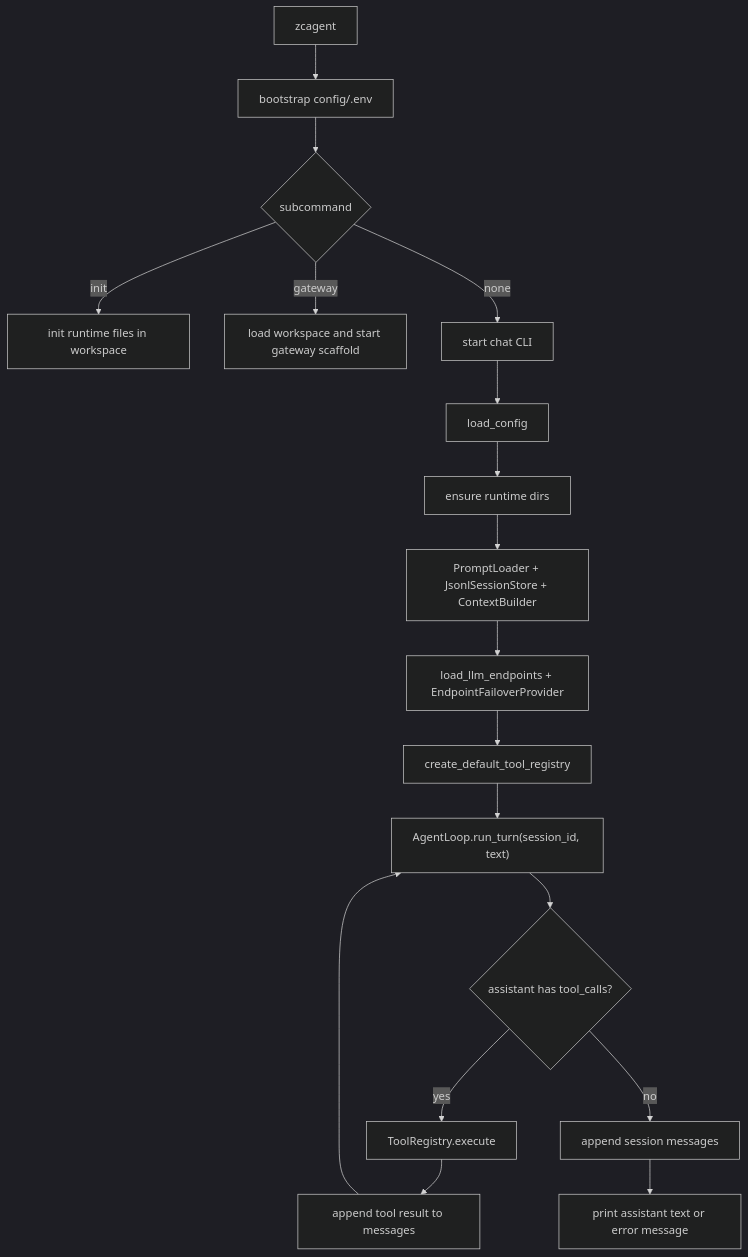
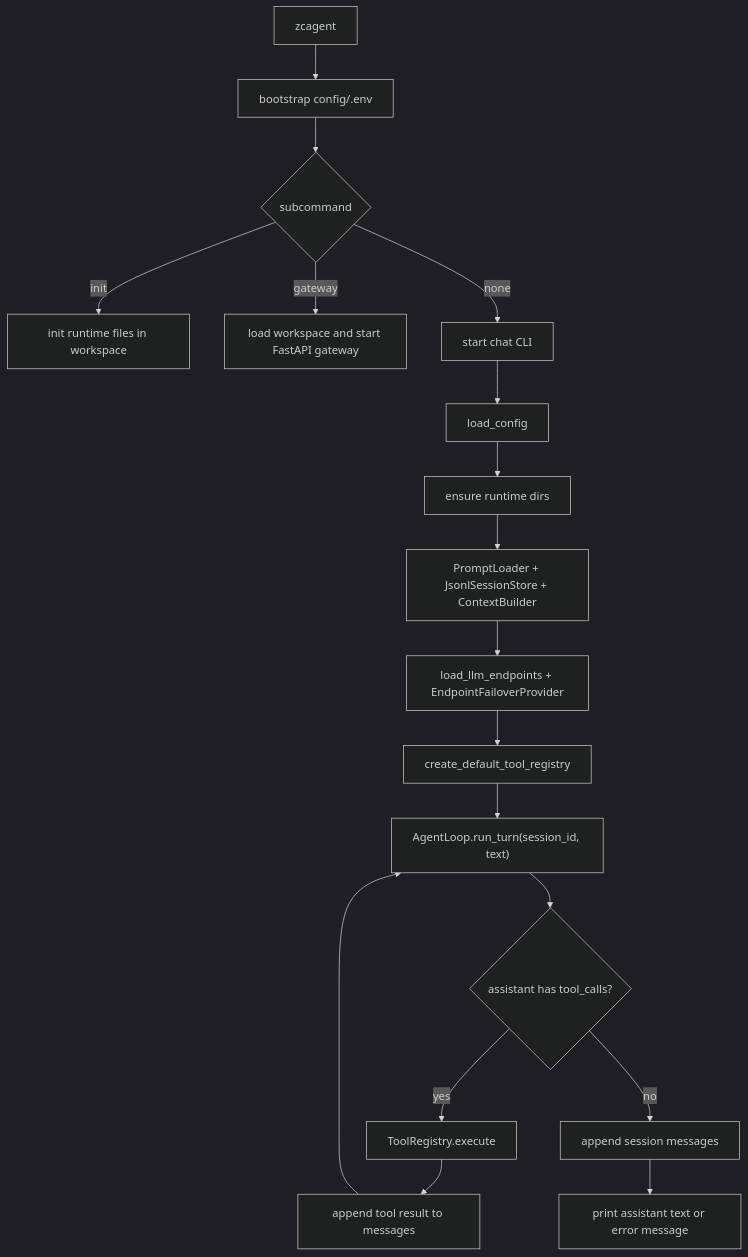
One commit to zcjMoxx/zhice_agent changed the diagram in docs_design/zhice-agent-overall-design.md. Above: the diagram before and after it, drawn with Mermaid (dark theme). The commit also changed other lines of this file and 53 other files, not shown here.

````diff
--- a/docs_design/zhice-agent-overall-design.md
+++ b/docs_design/zhice-agent-overall-design.md
@@ -428,21 +437,21 @@
 ```mermaid
 flowchart TD
     A["zcagent"] --> B["bootstrap config/.env"]
     B --> C{"subcommand"}
     C -->|"init"| D["init runtime files in workspace"]
-    C -->|"gateway"| E["load workspace and start gateway scaffold"]
+    C -->|"gateway"| E["load workspace and start FastAPI gateway"]
     C -->|"none"| F["start chat CLI"]
 
     F --> G["load_config"]
     G --> H["ensure runtime dirs"]
     H --> I["PromptLoader + JsonlSessionStore + ContextBuilder"]
     I --> J["load_llm_endpoints + EndpointFailoverProvider"]
     J --> T["create_default_tool_registry"]
     T --> K["AgentLoop.run_turn(session_id, text)"]
     K --> L{"assistant has tool_calls?"}
     L -->|"yes"| N["ToolRegistry.execute"]
     N --> O["append tool result to messages"]
     O --> K
     L -->|"no"| P["append session messages"]
     P --> M["print assistant text or error message"]
 ```
````
